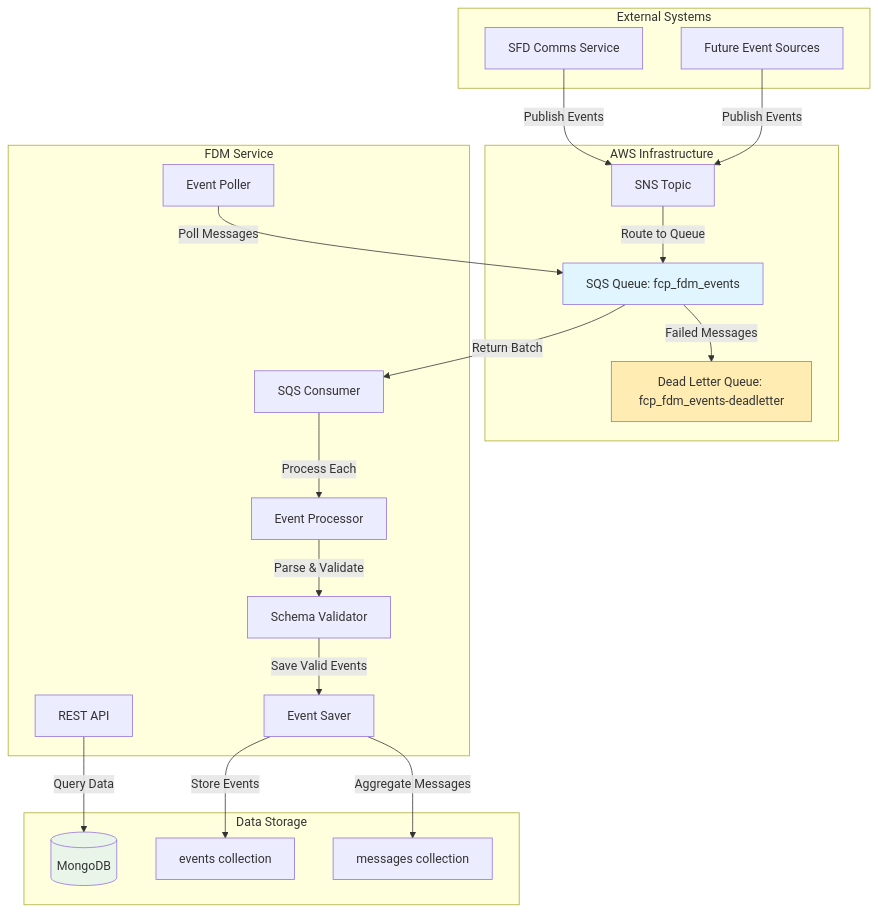
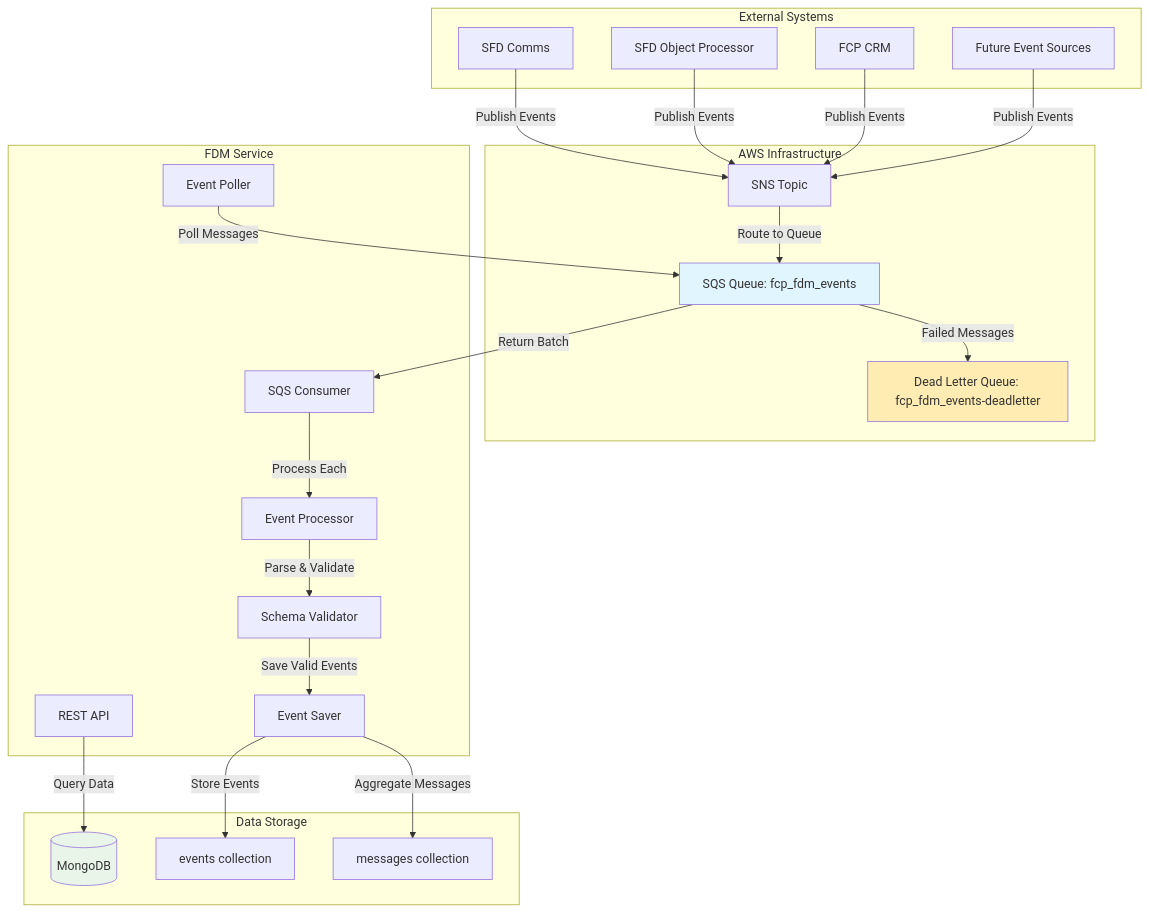
The first of 3 diagrams in README.md (DEFRA/fcp-fdm), drawn with Mermaid before and after one commit. The commit also changed 7 other files, not shown here.

````diff
--- a/README.md
+++ b/README.md
@@ -68,47 +68,51 @@
 ```mermaid
 graph TB
     subgraph "External Systems"
-        SFD[SFD Comms Service]
+        COMMS[SFD Comms]
+        DOC[SFD Object Processor]
+        CRM[FCP CRM]
         FUTURE[Future Event Sources]
     end
     
     subgraph "AWS Infrastructure"
         SNS[SNS Topic]
         SQS[SQS Queue: fcp_fdm_events]
         DLQ[Dead Letter Queue: fcp_fdm_events-deadletter]
     end
     
     subgraph "FDM Service"
         POLLER[Event Poller]
         CONSUMER[SQS Consumer]
         PROCESSOR[Event Processor]
         VALIDATOR[Schema Validator]
         SAVER[Event Saver]
         API[REST API]
     end
     
     subgraph "Data Storage"
         MONGO[(MongoDB)]
         EVENTS[events collection]
         MESSAGES[messages collection]
     end
     
-    SFD -->|Publish Events| SNS
+    COMMS -->|Publish Events| SNS
+    DOC -->|Publish Events| SNS
+    CRM -->|Publish Events| SNS
     FUTURE -->|Publish Events| SNS
     SNS -->|Route to Queue| SQS
     SQS -->|Failed Messages| DLQ
     
     POLLER -->|Poll Messages| SQS
     SQS -->|Return Batch| CONSUMER
     CONSUMER -->|Process Each| PROCESSOR
     PROCESSOR -->|Parse & Validate| VALIDATOR
     VALIDATOR -->|Save Valid Events| SAVER
     SAVER -->|Store Events| EVENTS
     SAVER -->|Aggregate Messages| MESSAGES
     
     API -->|Query Data| MONGO
     
     style SQS fill:#e1f5fe
     style DLQ fill:#ffecb3
     style MONGO fill:#e8f5e8
 ```
````
